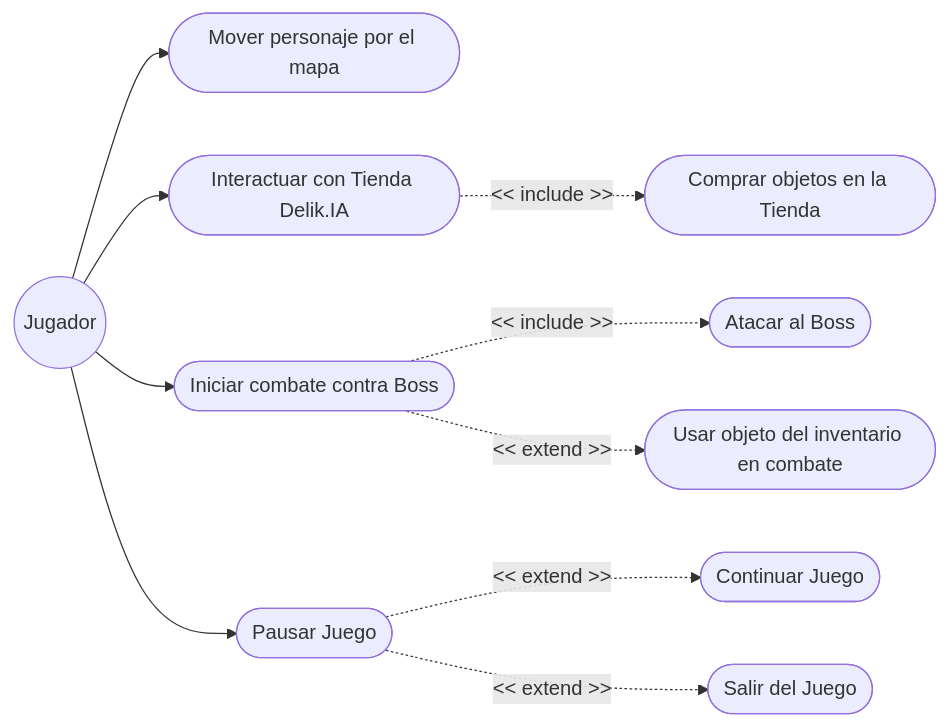
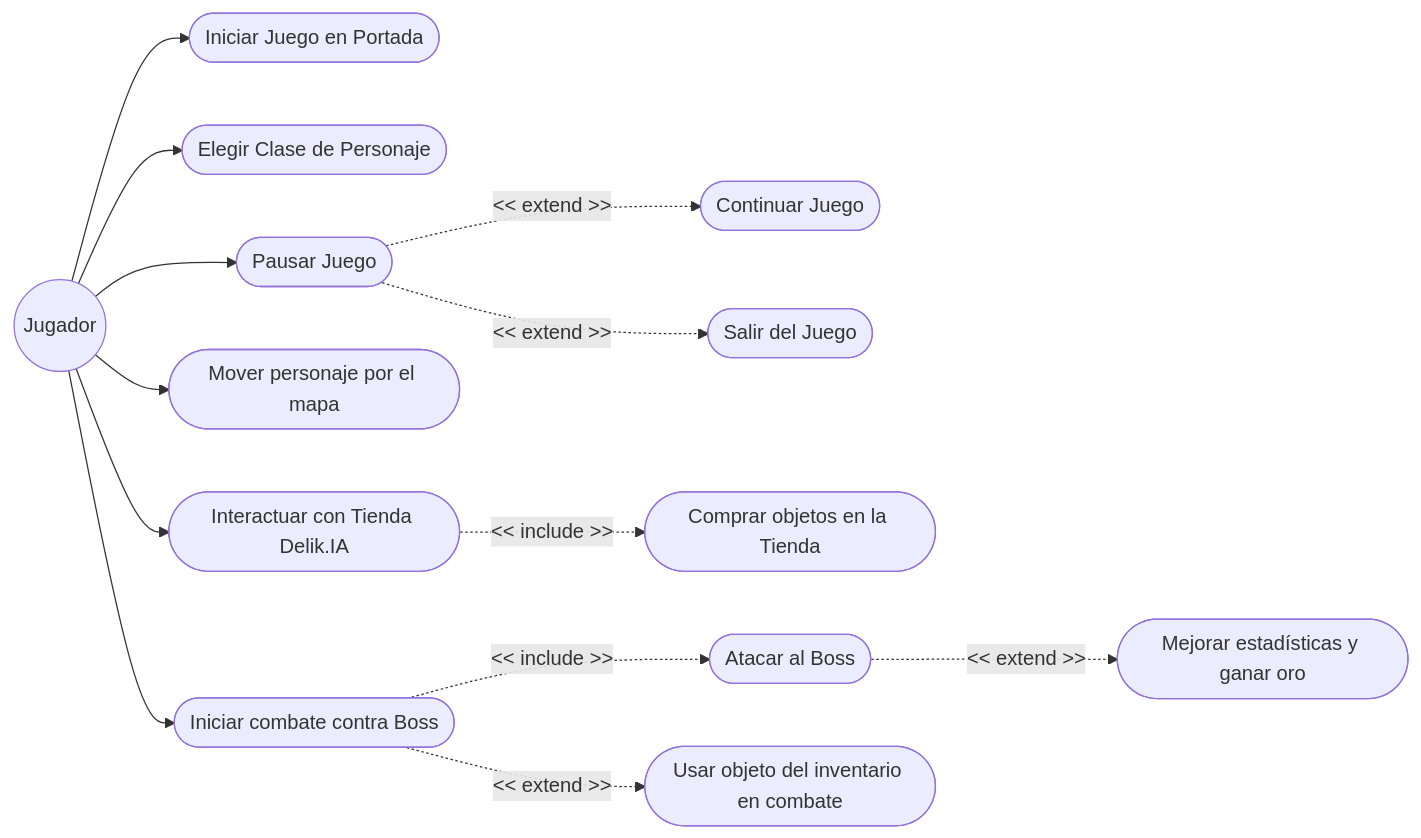
One commit to adribarrera/Videojuego-Java changed the diagram in CASOUSO.MD. Above: the diagram before and after it, drawn with Mermaid. The commit also changed other lines of this file and 1 other file, not shown here.

Commit message:
Ingenieria inversa de Caso de Uso y del UML

````diff
--- a/CASOUSO.MD
+++ b/CASOUSO.MD
@@ -3,34 +5,42 @@
 ```mermaid
 graph LR
     %% Actor(es)
     Jugador((Jugador))
 
-    %% Casos de Uso - Exploración
-    Moverse([Mover personaje por el mapa])
+    %% Casos de Uso - Navegación y Menús
+    IniciarJuego([Iniciar Juego en Portada])
+    ElegirPersonaje([Elegir Clase de Personaje])
     Pausar([Pausar Juego])
     Continuar([Continuar Juego])
     Salir([Salir del Juego])
+
+    %% Casos de Uso - Exploración
+    Moverse([Mover personaje por el mapa])
 
     %% Casos de Uso - Interacción
     InteractuarTienda([Interactuar con Tienda Delik.IA])
     Comprar([Comprar objetos en la Tienda])
     
     %% Casos de Uso - Combate
     IniciarCombate([Iniciar combate contra Boss])
     Atacar([Atacar al Boss])
     UsarObjeto([Usar objeto del inventario en combate])
+    MejorarStats([Mejorar estadísticas y ganar oro])
 
-    %% Relaciones (Actor -> Casos de Uso)
+    %% Relaciones Actor -> Casos de Uso
+    Jugador --> IniciarJuego
+    Jugador --> ElegirPersonaje
     Jugador --> Moverse
     Jugador --> InteractuarTienda
     Jugador --> IniciarCombate
     Jugador --> Pausar
 
-    %% Relaciones entre Casos de Uso (Includes y Extends)
+    %% Relaciones Include / Extend
     InteractuarTienda -.->|<< include >>| Comprar
     IniciarCombate -.->|<< include >>| Atacar
     IniciarCombate -.->|<< extend >>| UsarObjeto
+    Atacar -.->|<< extend >>| MejorarStats
     
     Pausar -.->|<< extend >>| Continuar
     Pausar -.->|<< extend >>| Salir
 ```
````
